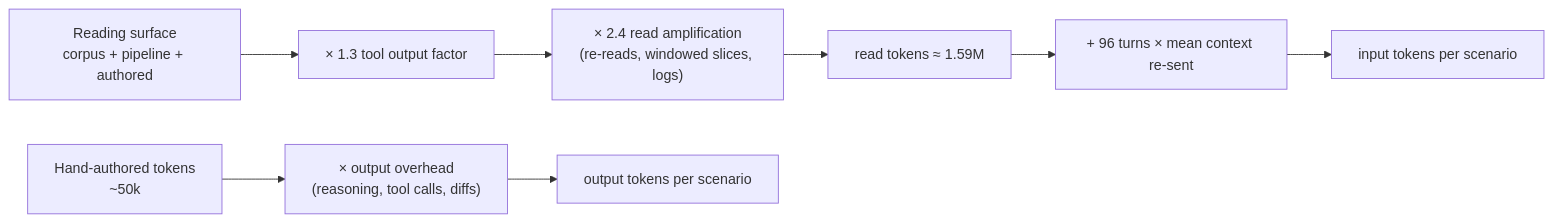
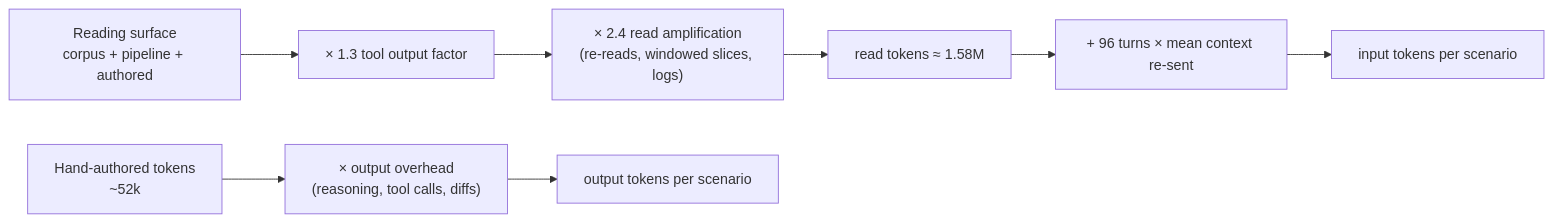
The first of 2 diagrams in W/w1/isr2/src/content/docs/14-site-build-report.md (wezbest/IzRez-1), drawn with Mermaid before and after one commit. The commit also changed other lines of this file and 33 other files, not shown here.

````diff
--- a/W/w1/isr2/src/content/docs/14-site-build-report.md
+++ b/W/w1/isr2/src/content/docs/14-site-build-report.md
@@ -106,10 +106,10 @@
 ```mermaid
 flowchart LR
     A["Reading surface<br/>corpus + pipeline + authored"] --> B["× 1.3 tool output factor"]
     B --> C["× 2.4 read amplification<br/>(re-reads, windowed slices, logs)"]
-    C --> D["read tokens ≈ 1.59M"]
+    C --> D["read tokens ≈ 1.58M"]
     D --> E["+ 96 turns × mean context re-sent"]
     E --> F["input tokens per scenario"]
-    G["Hand-authored tokens<br/>~50k"] --> H["× output overhead<br/>(reasoning, tool calls, diffs)"]
+    G["Hand-authored tokens<br/>~52k"] --> H["× output overhead<br/>(reasoning, tool calls, diffs)"]
     H --> I["output tokens per scenario"]
 ```
````
